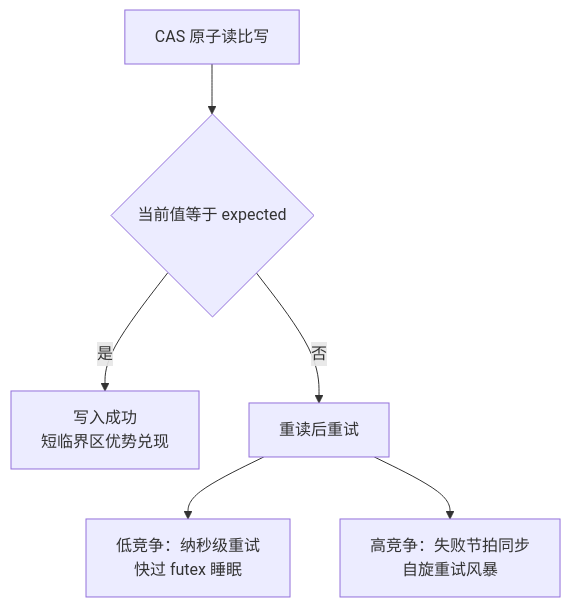
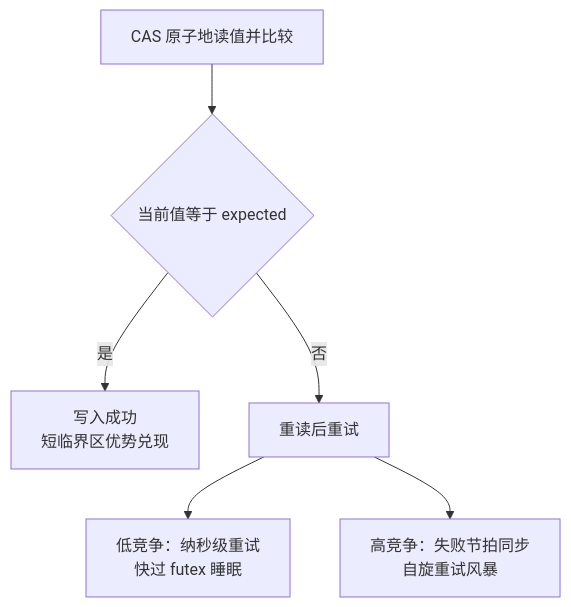
Before and after one commit to hub138/technical-knowledge: the third of 3 diagrams in vault/工程知识/性能工程：从用户等待到资源瓶颈/处理器与内存/无锁数据结构的证据门槛：CAS与内存序.md, drawn with Mermaid. The commit also changed other lines of this file and 622 other files, not shown here.

````diff
--- a/vault/工程知识/性能工程：从用户等待到资源瓶颈/处理器与内存/无锁数据结构的证据门槛：CAS与内存序.md
+++ b/vault/工程知识/性能工程：从用户等待到资源瓶颈/处理器与内存/无锁数据结构的证据门槛：CAS与内存序.md
@@ -66,8 +86,8 @@
 ```mermaid
 graph TD
-    A["CAS 原子读比写"] --> B{"当前值等于 expected"}
+    A["CAS 原子地读值并比较"] --> B{"当前值等于 expected"}
     B -->|是| C["写入成功<br/>短临界区优势兑现"]
     B -->|否| D["重读后重试"]
     D --> E["低竞争：纳秒级重试<br/>快过 futex 睡眠"]
     D --> F["高竞争：失败节拍同步<br/>自旋重试风暴"]
 ```
````
